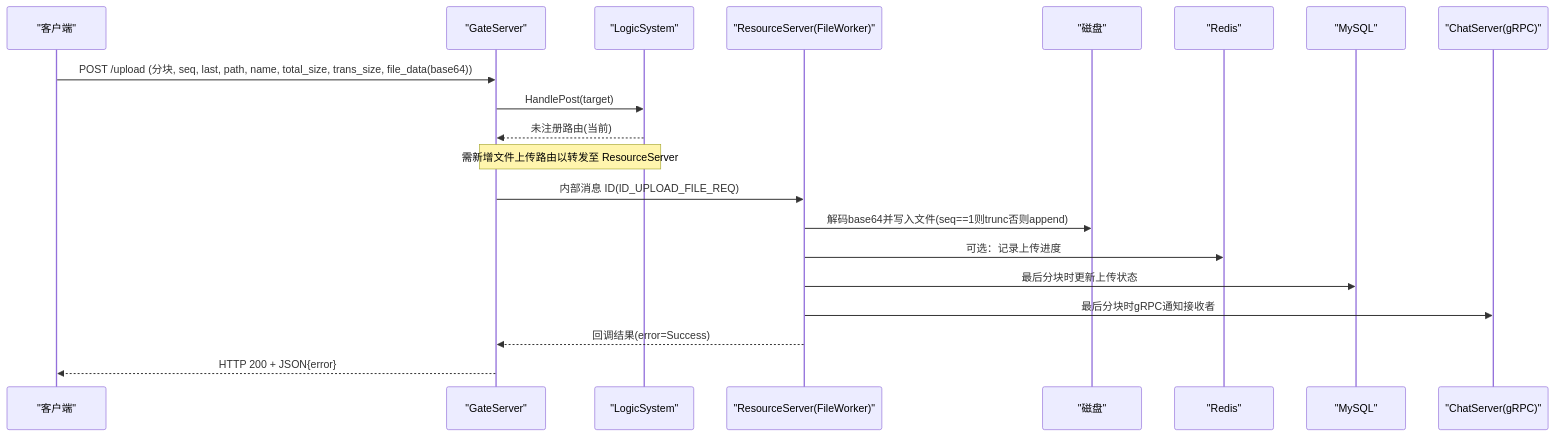
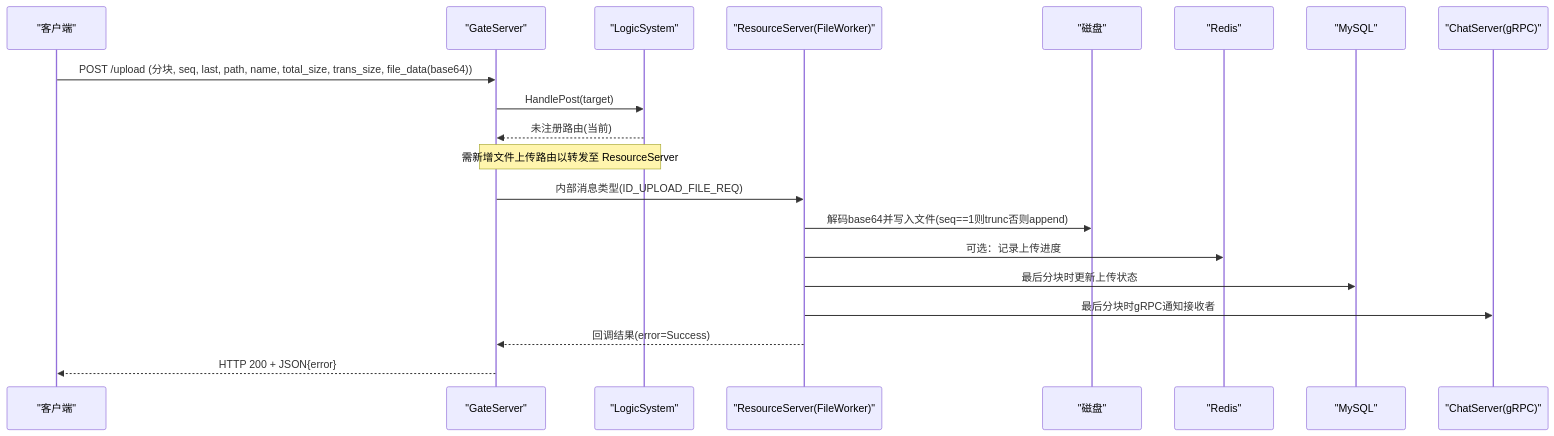
The second of 5 diagrams in .qoder/repowiki/zh/content/网络通信/HTTP API接口/文件上传下载接口.md (echo9923/mychatter), drawn with Mermaid before and after one commit. The commit also changed other lines of this file and 128 other files, not shown here.

````diff
--- a/.qoder/repowiki/zh/content/网络通信/HTTP API接口/文件上传下载接口.md
+++ b/.qoder/repowiki/zh/content/网络通信/HTTP API接口/文件上传下载接口.md
@@ -94,22 +94,22 @@
 ```mermaid
 sequenceDiagram
 participant C as "客户端"
 participant G as "GateServer"
 participant L as "LogicSystem"
 participant R as "ResourceServer(FileWorker)"
 participant D as "磁盘"
 participant S as "Redis"
 participant M as "MySQL"
 participant N as "ChatServer(gRPC)"
 C->>G : POST /upload (分块, seq, last, path, name, total_size, trans_size, file_data(base64))
 G->>L : HandlePost(target)
 L-->>G : 未注册路由(当前)
 Note over G,L : 需新增文件上传路由以转发至 ResourceServer
-G->>R : 内部消息 ID(ID_UPLOAD_FILE_REQ)
+G->>R : 内部消息类型(ID_UPLOAD_FILE_REQ)
 R->>D : 解码base64并写入文件(seq==1则trunc否则append)
 R->>S : 可选：记录上传进度
 R->>M : 最后分块时更新上传状态
 R->>N : 最后分块时gRPC通知接收者
 R-->>G : 回调结果(error=Success)
 G-->>C : HTTP 200 + JSON{error}
 ```
````
